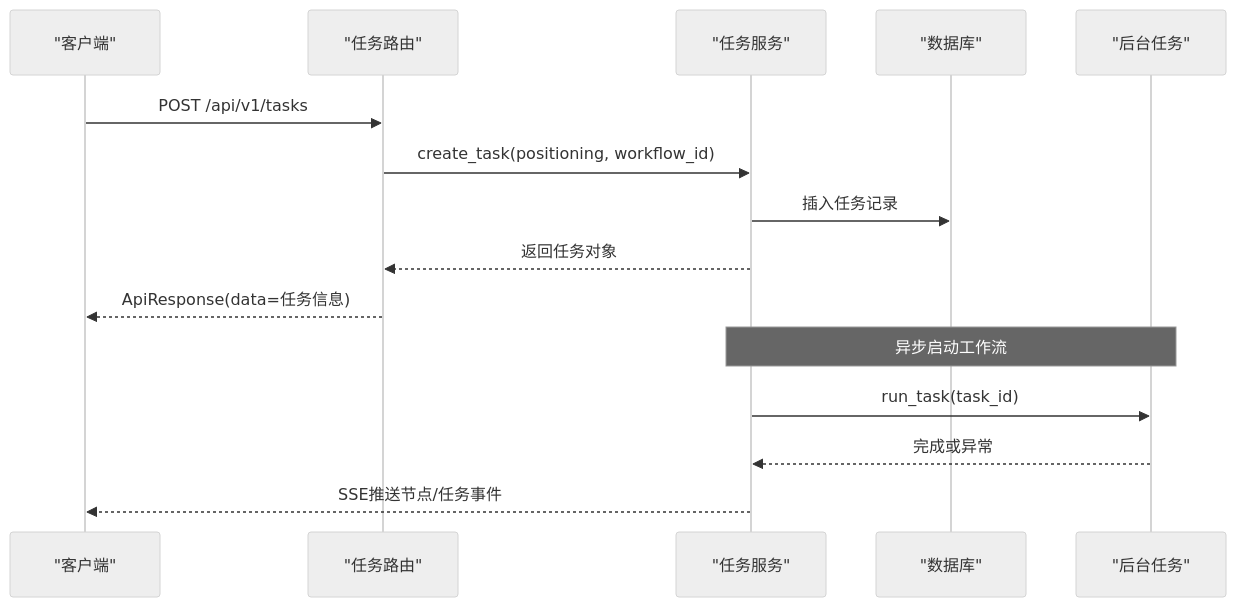
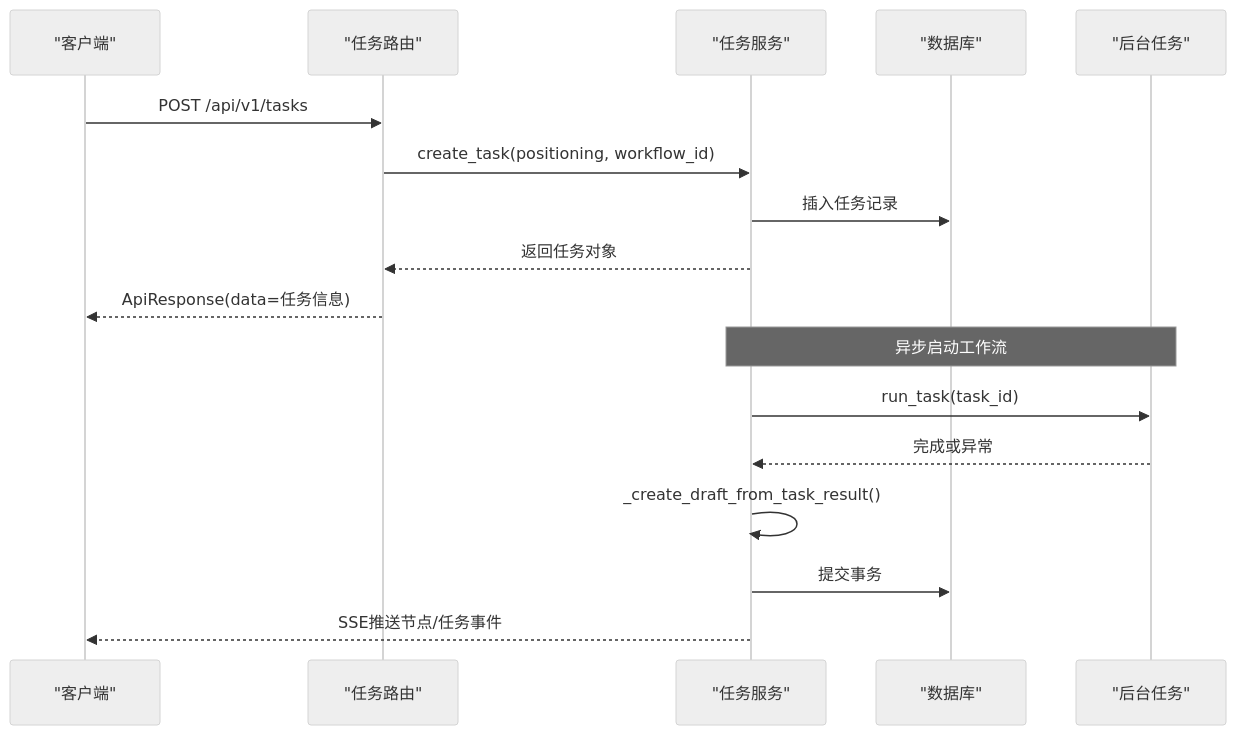
The fifth of 7 diagrams in .qoder/repowiki/zh/content/API接口文档/任务管理API.md (sansansansansan2022-web/hotclaw), drawn with Mermaid (neutral theme) before and after one commit. The commit also changed other lines of this file and 44 other files, not shown here.

````diff
--- a/.qoder/repowiki/zh/content/API接口文档/任务管理API.md
+++ b/.qoder/repowiki/zh/content/API接口文档/任务管理API.md
@@ -350,17 +465,19 @@
 ```mermaid
 sequenceDiagram
 participant Client as "客户端"
-participant Router as "任务路由"
-participant Service as "任务服务"
+participant TaskRouter as "任务路由"
+participant TaskService as "任务服务"
 participant DB as "数据库"
 participant BG as "后台任务"
-Client->>Router : POST /api/v1/tasks
-Router->>Service : create_task(positioning, workflow_id)
-Service->>DB : 插入任务记录
-Service-->>Router : 返回任务对象
-Router-->>Client : ApiResponse(data=任务信息)
-Note over Service,BG : 异步启动工作流
-Service->>BG : run_task(task_id)
-BG-->>Service : 完成或异常
-Service-->>Client : SSE推送节点/任务事件
+Client->>TaskRouter : POST /api/v1/tasks
+TaskRouter->>TaskService : create_task(positioning, workflow_id)
+TaskService->>DB : 插入任务记录
+TaskService-->>TaskRouter : 返回任务对象
+TaskRouter-->>Client : ApiResponse(data=任务信息)
+Note over TaskService,BG : 异步启动工作流
+TaskService->>BG : run_task(task_id)
+BG-->>TaskService : 完成或异常
+TaskService->>TaskService : _create_draft_from_task_result()
+TaskService->>DB : 提交事务
+TaskService-->>Client : SSE推送节点/任务事件
 ```
````
